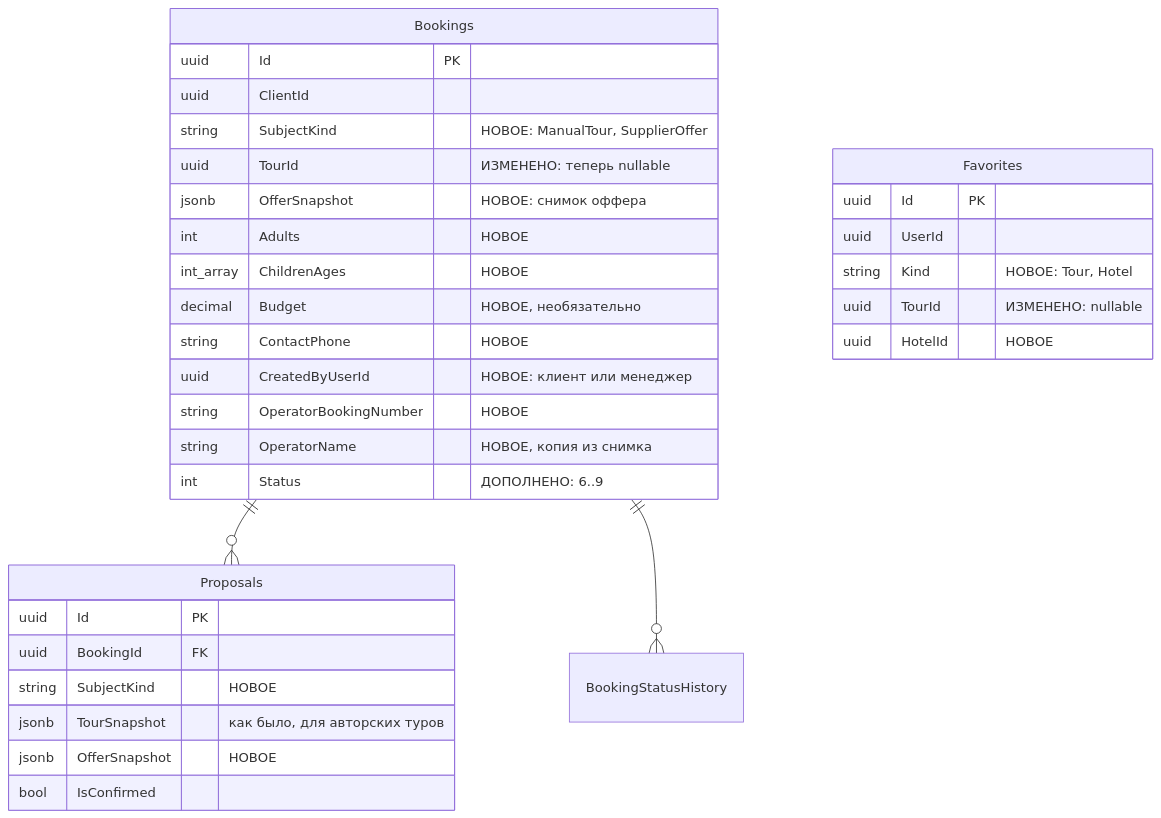
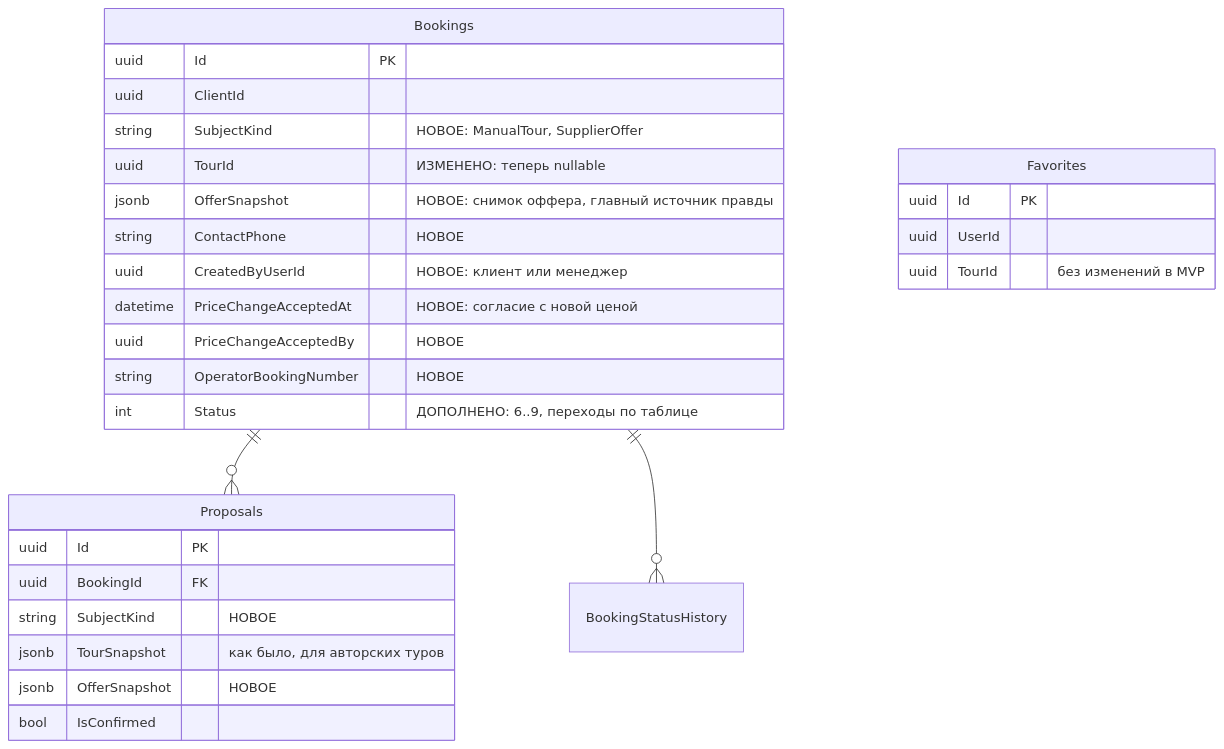
One commit to PlutoGr/TravelAgency changed the sixth of 6 diagrams in docs/product/tz-tour-aggregation.md. Above: the diagram before and after it, drawn with Mermaid. The commit also changed other lines of this file, not shown here.

````diff
--- a/docs/product/tz-tour-aggregation.md
+++ b/docs/product/tz-tour-aggregation.md
@@ -536,35 +638,31 @@
 ```mermaid
 erDiagram
     Bookings ||--o{ Proposals : ""
     Bookings ||--o{ BookingStatusHistory : ""
     Bookings {
         uuid Id PK
         uuid ClientId
         string SubjectKind "НОВОЕ: ManualTour, SupplierOffer"
         uuid TourId "ИЗМЕНЕНО: теперь nullable"
-        jsonb OfferSnapshot "НОВОЕ: снимок оффера"
-        int Adults "НОВОЕ"
-        int_array ChildrenAges "НОВОЕ"
-        decimal Budget "НОВОЕ, необязательно"
+        jsonb OfferSnapshot "НОВОЕ: снимок оффера, главный источник правды"
         string ContactPhone "НОВОЕ"
         uuid CreatedByUserId "НОВОЕ: клиент или менеджер"
+        datetime PriceChangeAcceptedAt "НОВОЕ: согласие с новой ценой"
+        uuid PriceChangeAcceptedBy "НОВОЕ"
         string OperatorBookingNumber "НОВОЕ"
-        string OperatorName "НОВОЕ, копия из снимка"
-        int Status "ДОПОЛНЕНО: 6..9"
+        int Status "ДОПОЛНЕНО: 6..9, переходы по таблице"
     }
     Proposals {
         uuid Id PK
         uuid BookingId FK
         string SubjectKind "НОВОЕ"
         jsonb TourSnapshot "как было, для авторских туров"
         jsonb OfferSnapshot "НОВОЕ"
         bool IsConfirmed
     }
     Favorites {
         uuid Id PK
         uuid UserId
-        string Kind "НОВОЕ: Tour, Hotel"
-        uuid TourId "ИЗМЕНЕНО: nullable"
-        uuid HotelId "НОВОЕ"
+        uuid TourId "без изменений в MVP"
     }
 ```
````
